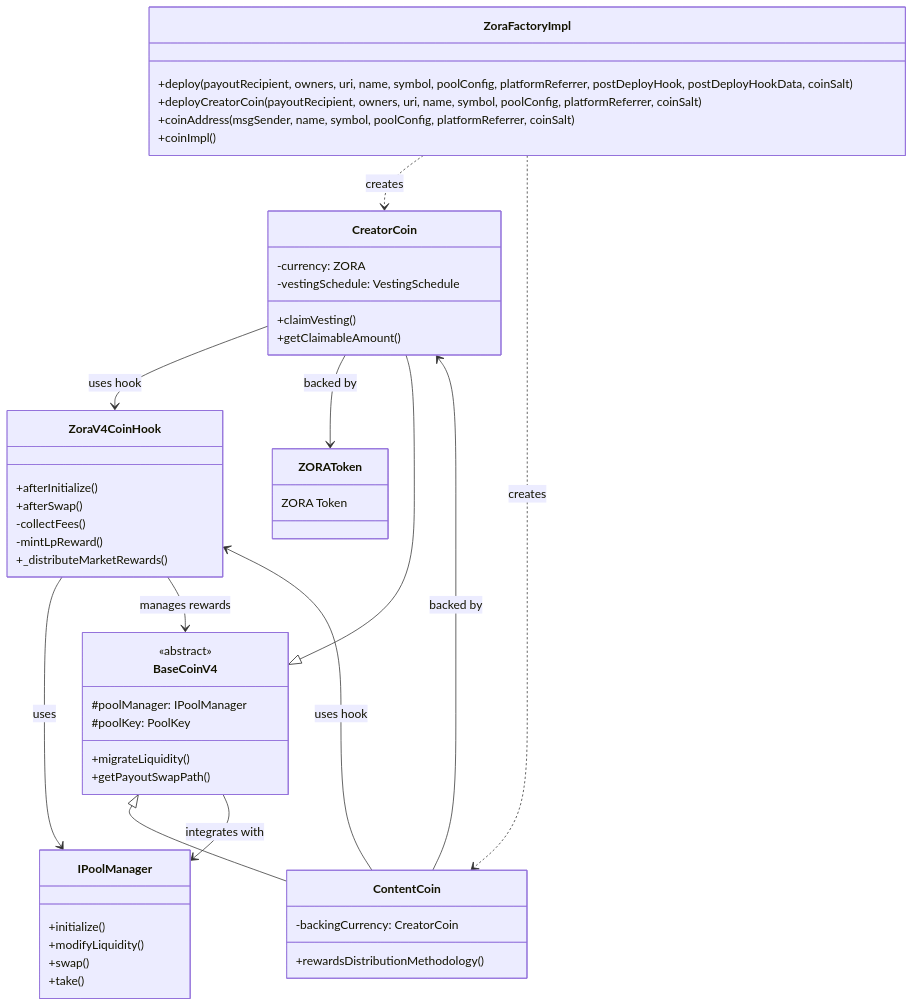
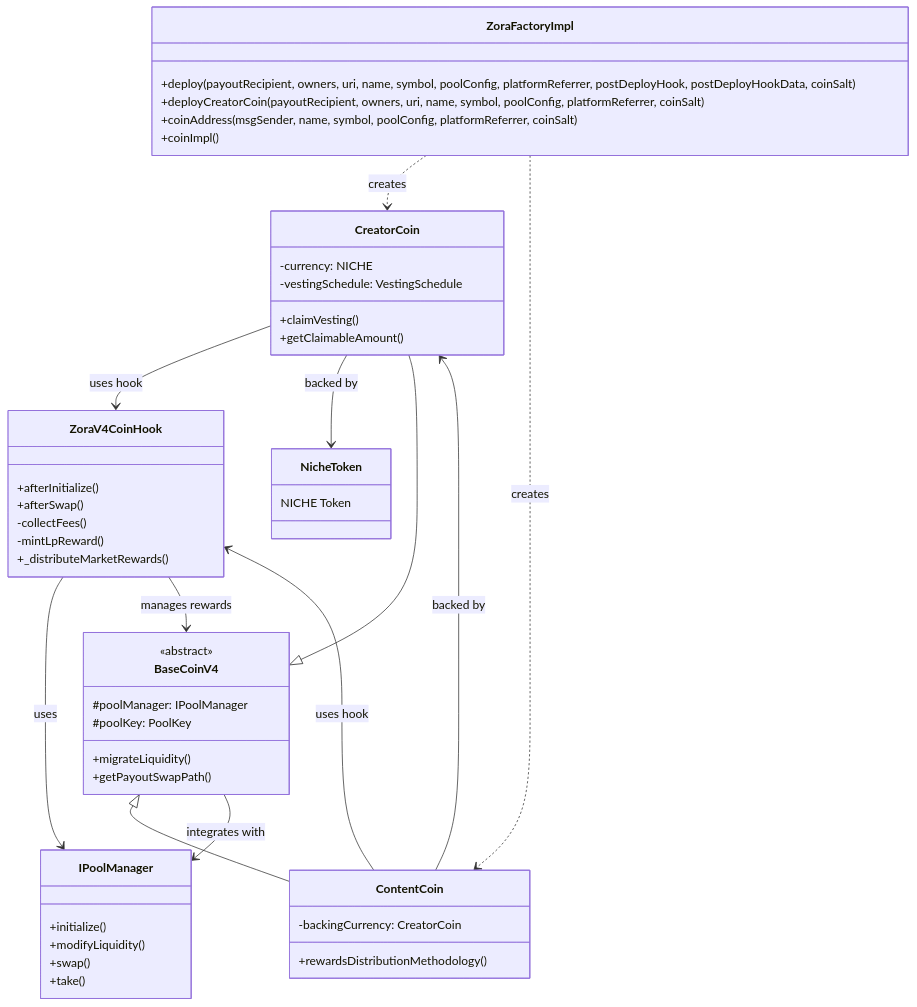
The diagram in docs/pages/coins/contracts/architecture.mdx (ourzora/zora-protocol), drawn with Mermaid before and after one commit. The commit also changed other lines of this file and 6 other files, not shown here.

First line of the commit message:
Replace remaining ZORA references with Niche in documentation

````diff
--- a/docs/pages/coins/contracts/architecture.mdx
+++ b/docs/pages/coins/contracts/architecture.mdx
@@ -7,74 +7,74 @@
 ```mermaid
 classDiagram
     %% Uniswap V4 Package
     class IPoolManager {
         +initialize()
         +modifyLiquidity()
         +swap()
         +take()
     }
-    
+
     %% Factory Package
     class ZoraFactoryImpl {
         +deploy(payoutRecipient, owners, uri, name, symbol, poolConfig, platformReferrer, postDeployHook, postDeployHookData, coinSalt)
         +deployCreatorCoin(payoutRecipient, owners, uri, name, symbol, poolConfig, platformReferrer, coinSalt)
         +coinAddress(msgSender, name, symbol, poolConfig, platformReferrer, coinSalt)
         +coinImpl()
     }
-    
+
     %% Coins Package
     class BaseCoinV4 {
         <<abstract>>
         #poolManager: IPoolManager
         #poolKey: PoolKey
         +migrateLiquidity()
         +getPayoutSwapPath()
     }
-    
+
     class CreatorCoin {
-        -currency: ZORA
+        -currency: NICHE
         -vestingSchedule: VestingSchedule
         +claimVesting()
         +getClaimableAmount()
     }
-    
+
     class ContentCoin {
         -backingCurrency: CreatorCoin
         +rewardsDistributionMethodology()
     }
-    
+
     %% Hooks Package
     class ZoraV4CoinHook {
         +afterInitialize()
         +afterSwap()
         -collectFees()
         -mintLpReward()
         +_distributeMarketRewards()
     }
-    
-    class ZORAToken {
-        ZORA Token
+
+    class NicheToken {
+        NICHE Token
     }
-    
+
     %% Inheritance relationships
     BaseCoinV4 <|-- CreatorCoin
     BaseCoinV4 <|-- ContentCoin
     %% Unified hook - no subclassing per coin type
-    
+
     %% Factory relationships
     ZoraFactoryImpl ..> CreatorCoin : creates
     ZoraFactoryImpl ..> ContentCoin : creates
-    
+
     %% Hook relationships
     ZoraV4CoinHook --> IPoolManager : uses
     ZoraV4CoinHook --> BaseCoinV4 : manages rewards
-    
+
     %% Pool Manager relationships
     BaseCoinV4 --> IPoolManager : integrates with
     CreatorCoin --> ZoraV4CoinHook : uses hook
     ContentCoin --> ZoraV4CoinHook : uses hook
-    
+
     %% Currency relationships
     ContentCoin --> CreatorCoin : backed by
-    CreatorCoin --> ZORAToken : backed by
+    CreatorCoin --> NicheToken : backed by
 ```
````
